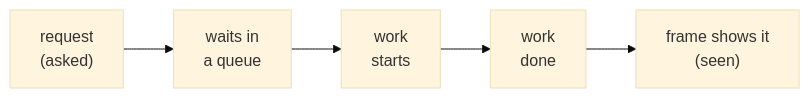
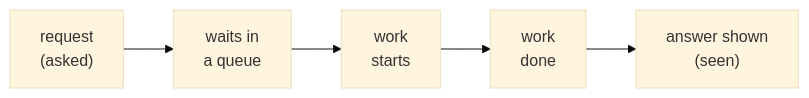
The diagram in docs/patterns/modular/10-measure-from-the-users-clock.md (wesen/chromobench), drawn with Mermaid (base theme) before and after one commit. The commit also changed other lines of this file and 5 other files, not shown here.

````diff
--- a/docs/patterns/modular/10-measure-from-the-users-clock.md
+++ b/docs/patterns/modular/10-measure-from-the-users-clock.md
@@ -102,7 +102,7 @@
 ```mermaid
 flowchart LR
   A["request<br/>(asked)"] --> B["waits in<br/>a queue"]
   B --> C["work<br/>starts"]
   C --> D["work<br/>done"]
-  D --> E["frame shows it<br/>(seen)"]
+  D --> E["answer shown<br/>(seen)"]
 ```
````
